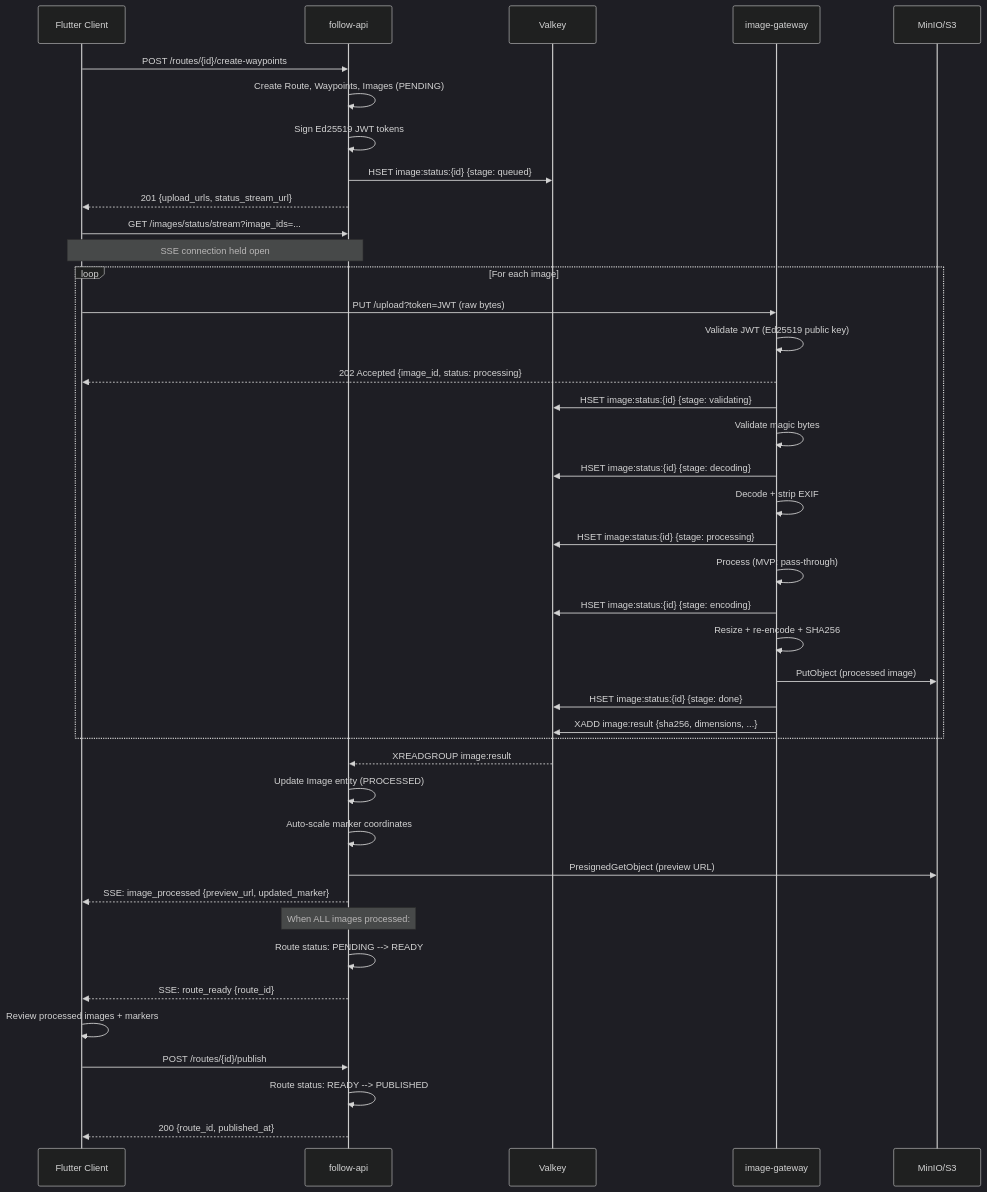
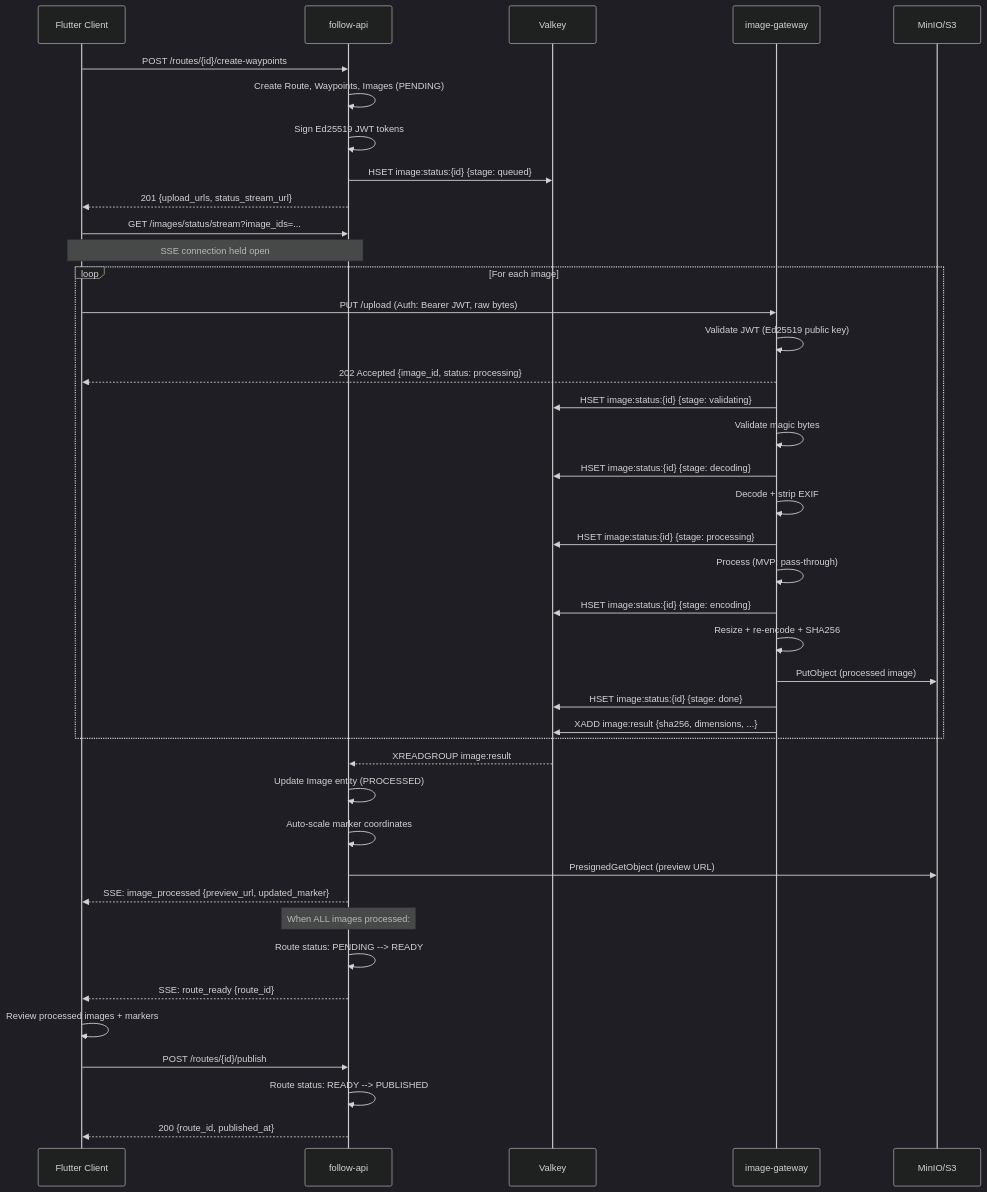
One commit to yoseforb/follow changed the third of 3 diagrams in ai-docs/architecture/image-gateway-architecture.md. Above: the diagram before and after it, drawn with Mermaid (dark theme). The commit also changed other lines of this file, not shown here.

Commit message:
docs(architecture): update image-gateway architecture document

````diff
--- a/ai-docs/architecture/image-gateway-architecture.md
+++ b/ai-docs/architecture/image-gateway-architecture.md
@@ -520,50 +523,50 @@
 ```mermaid
 sequenceDiagram
     participant C as Flutter Client
     participant API as follow-api
     participant R as Valkey
     participant GW as image-gateway
     participant S3 as MinIO/S3
 
     C->>API: POST /routes/{id}/create-waypoints
     API->>API: Create Route, Waypoints, Images (PENDING)
     API->>API: Sign Ed25519 JWT tokens
     API->>R: HSET image:status:{id} {stage: queued}
     API-->>C: 201 {upload_urls, status_stream_url}
 
     C->>API: GET /images/status/stream?image_ids=...
     Note over C,API: SSE connection held open
 
     loop For each image
-        C->>GW: PUT /upload?token=JWT (raw bytes)
+        C->>GW: PUT /upload (Auth: Bearer JWT, raw bytes)
         GW->>GW: Validate JWT (Ed25519 public key)
         GW-->>C: 202 Accepted {image_id, status: processing}
 
         GW->>R: HSET image:status:{id} {stage: validating}
         GW->>GW: Validate magic bytes
         GW->>R: HSET image:status:{id} {stage: decoding}
         GW->>GW: Decode + strip EXIF
         GW->>R: HSET image:status:{id} {stage: processing}
         GW->>GW: Process (MVP: pass-through)
         GW->>R: HSET image:status:{id} {stage: encoding}
         GW->>GW: Resize + re-encode + SHA256
         GW->>S3: PutObject (processed image)
         GW->>R: HSET image:status:{id} {stage: done}
         GW->>R: XADD image:result {sha256, dimensions, ...}
     end
 
     R-->>API: XREADGROUP image:result
     API->>API: Update Image entity (PROCESSED)
     API->>API: Auto-scale marker coordinates
     API->>S3: PresignedGetObject (preview URL)
     API-->>C: SSE: image_processed {preview_url, updated_marker}
 
     Note over API: When ALL images processed:
     API->>API: Route status: PENDING --> READY
     API-->>C: SSE: route_ready {route_id}
 
     C->>C: Review processed images + markers
     C->>API: POST /routes/{id}/publish
     API->>API: Route status: READY --> PUBLISHED
     API-->>C: 200 {route_id, published_at}
 ```
````
